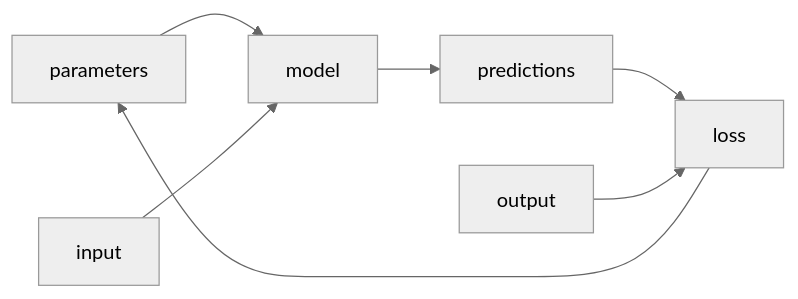
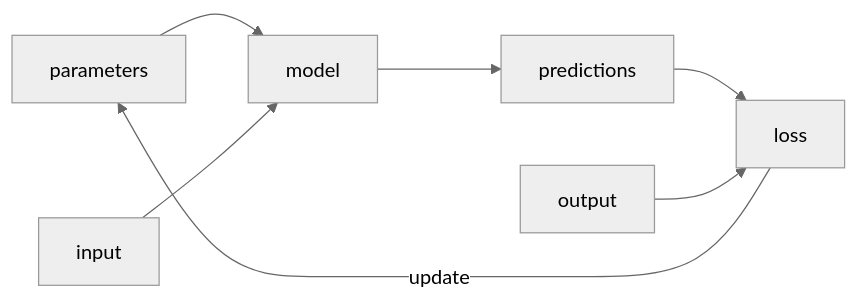
One commit to nicoladerric/nicoladerric.github.io changed the third of 3 diagrams in _posts/2023-08-16-rivoluzione.md. Above: the diagram before and after it, drawn with Mermaid (neutral theme).

````diff
--- a/_posts/2023-08-16-rivoluzione.md
+++ b/_posts/2023-08-16-rivoluzione.md
@@ -31,9 +31,9 @@
 ```mermaid
 flowchart LR;
     parameters --> model;
     input --> model;
     model --> predictions;
     predictions --> loss;
     output --> loss;
-    loss --> parameters;
+    loss --> |update|parameters;
 ```
````
